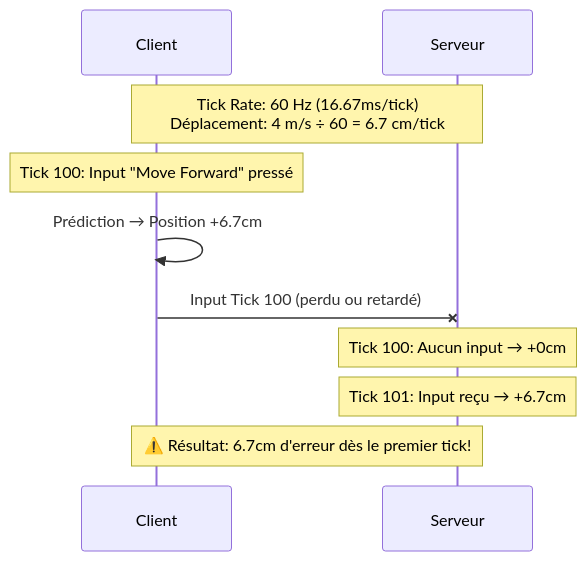
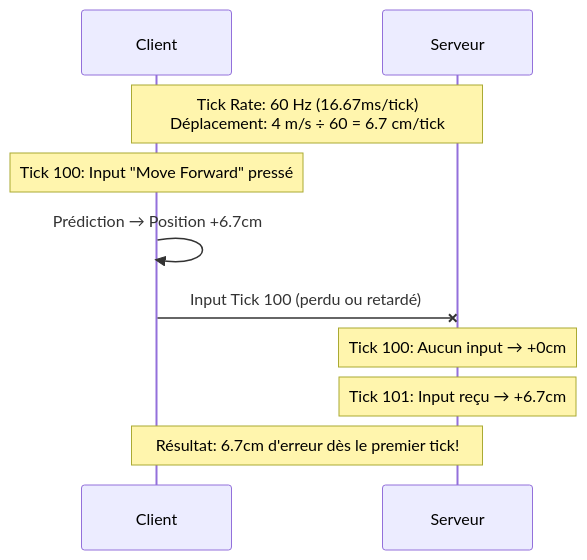
Before and after one commit to stefanmoisoiu/MouvementServerAuthoritatif-UnityNGO: diagram 12 of 13 in README.md, drawn with Mermaid. The commit also changed other lines of this file, not shown here.

````diff
--- a/README.md
+++ b/README.md
@@ -453,17 +453,17 @@
 ```mermaid
 sequenceDiagram
     participant Client
     participant Server as Serveur
     
     Note over Client,Server: Tick Rate: 60 Hz (16.67ms/tick)<br/>Déplacement: 4 m/s ÷ 60 = 6.7 cm/tick
     
     Note over Client: Tick 100: Input "Move Forward" pressé
     Client->>Client: Prédiction → Position +6.7cm
     
     Client-xServer: Input Tick 100 (perdu ou retardé)
     
     Note over Server: Tick 100: Aucun input → +0cm
     Note over Server: Tick 101: Input reçu → +6.7cm
     
-    Note over Client,Server: ⚠️ Résultat: 6.7cm d'erreur dès le premier tick!
+    Note over Client,Server: Résultat: 6.7cm d'erreur dès le premier tick!
 ```
````
